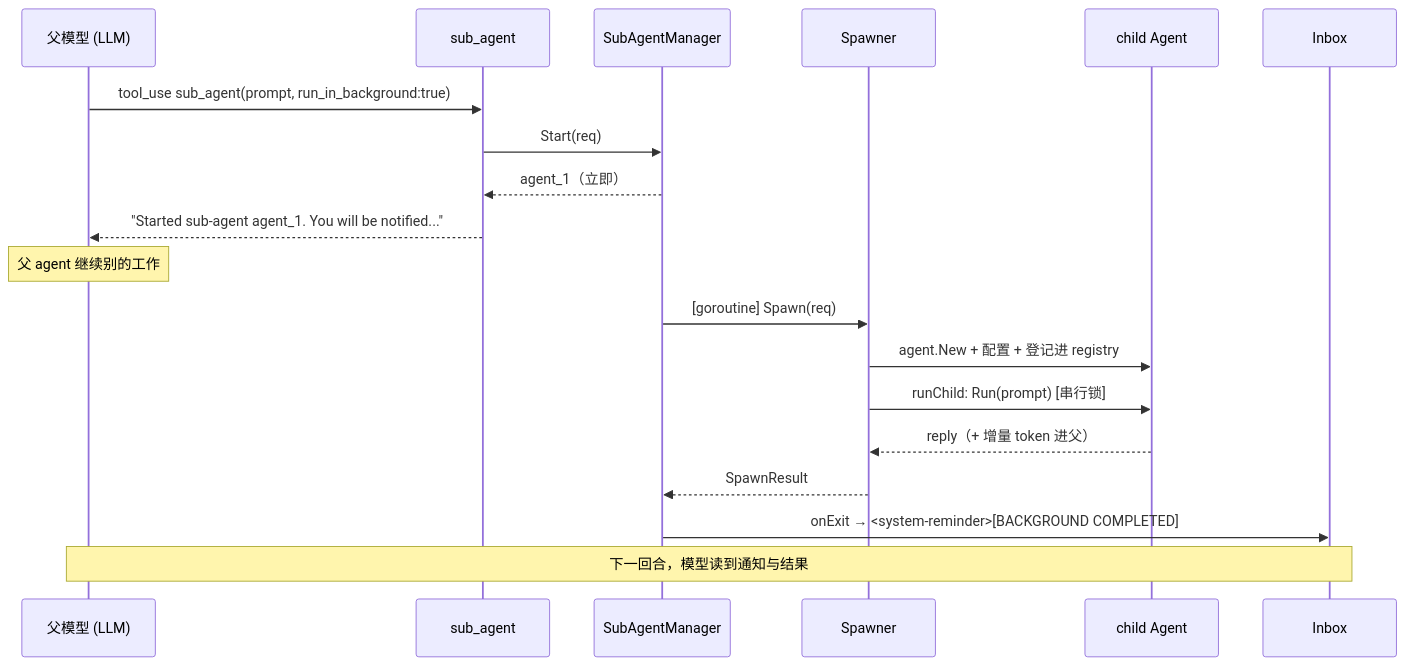
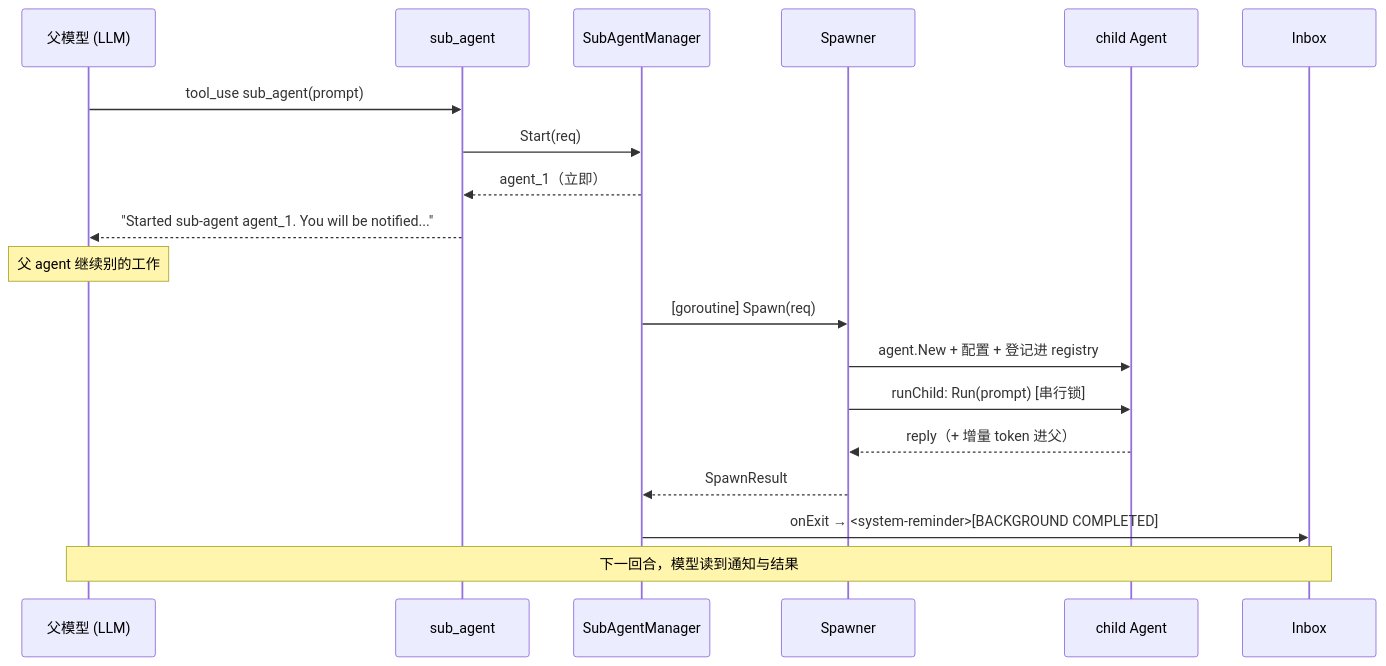
One commit to qwer233qq/octo-agent changed the diagram in dev-docs/sub-agent-design.md. Above: the diagram before and after it, drawn with Mermaid. The commit also changed other lines of this file and 23 other files, not shown here.

First line of the commit message:
feat(tools): let the transport decide sub-agent dispatch, not the model (#2498)

````diff
--- a/dev-docs/sub-agent-design.md
+++ b/dev-docs/sub-agent-design.md
@@ -239,23 +249,23 @@
 ```mermaid
 sequenceDiagram
     participant M as 父模型 (LLM)
     participant T as sub_agent
     participant MGR as SubAgentManager
     participant SP as Spawner
     participant C as child Agent
     participant IB as Inbox
 
-    M->>T: tool_use sub_agent(prompt, run_in_background:true)
+    M->>T: tool_use sub_agent(prompt)
     T->>MGR: Start(req)
     MGR-->>T: agent_1（立即）
     T-->>M: "Started sub-agent agent_1. You will be notified..."
     Note over M: 父 agent 继续别的工作
 
     MGR->>SP: [goroutine] Spawn(req)
     SP->>C: agent.New + 配置 + 登记进 registry
     SP->>C: runChild: Run(prompt) [串行锁]
     C-->>SP: reply（+ 增量 token 进父）
     SP-->>MGR: SpawnResult
     MGR->>IB: onExit → <system-reminder>[BACKGROUND COMPLETED]
     Note over M,IB: 下一回合，模型读到通知与结果
 ```
````
